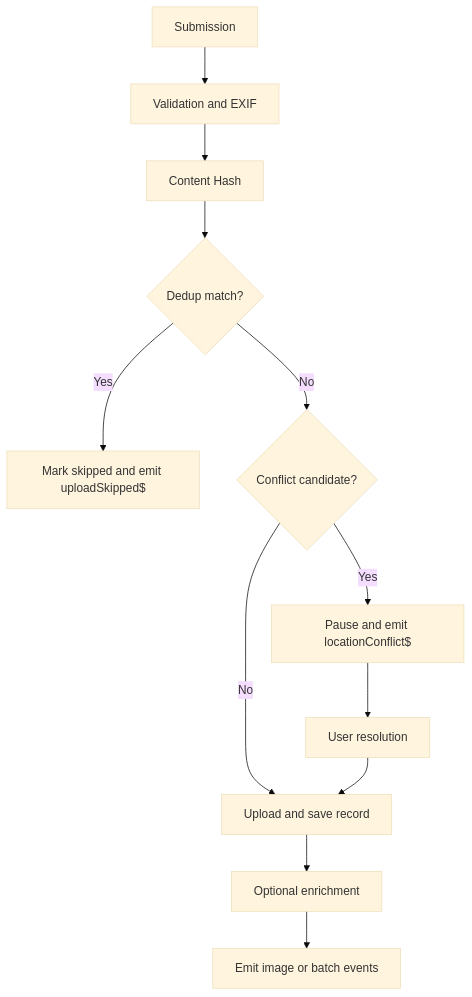
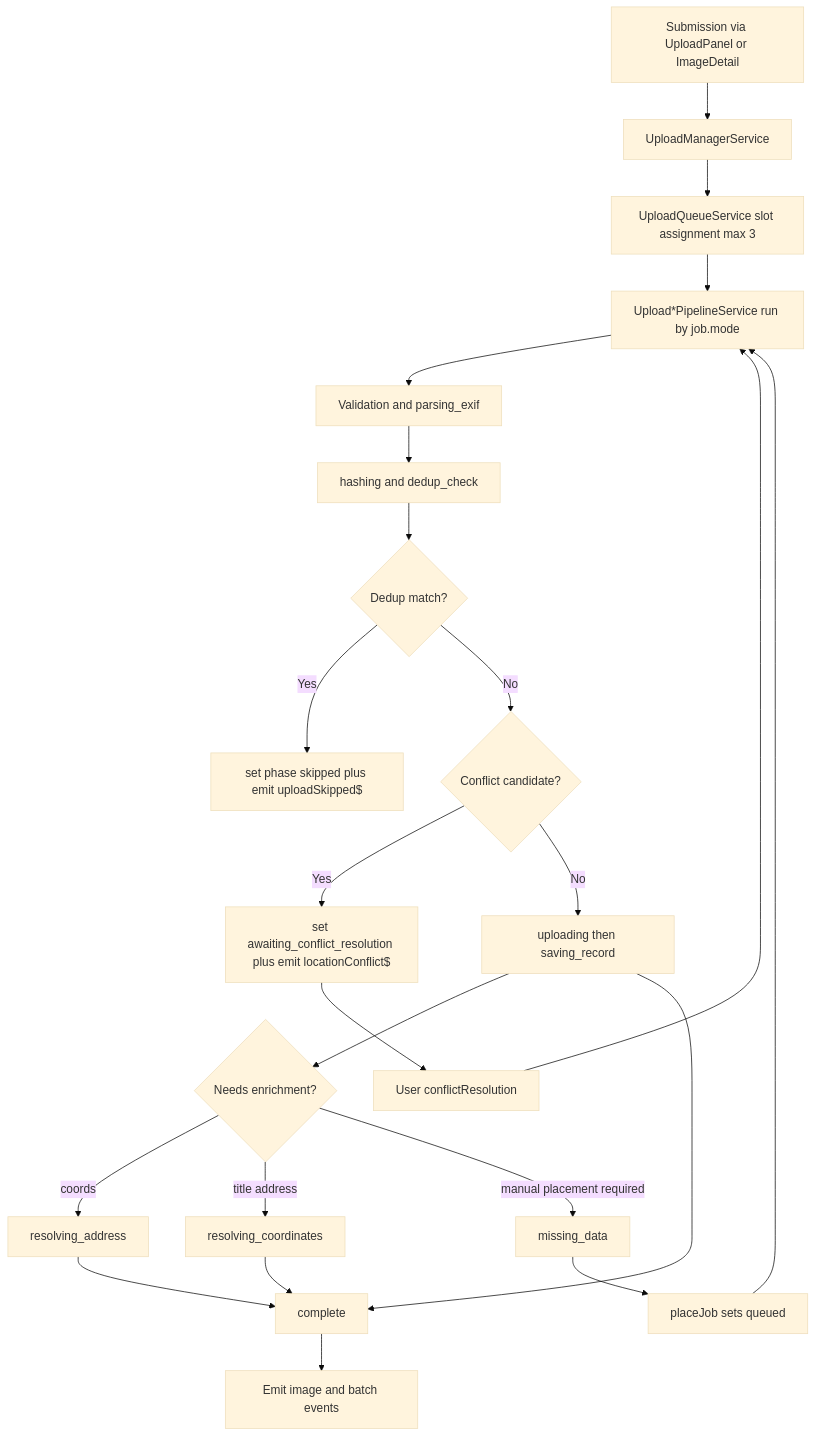
One commit to matkleve/feldpost changed the first of 2 diagrams in docs/element-specs/upload-manager-pipeline.md. Above: the diagram before and after it, drawn with Mermaid (base theme). The commit also changed other lines of this file and 12 other files, not shown here.

First line of the commit message:
Refactor upload manager and related components for improved structure and functionality

````diff
--- a/docs/element-specs/upload-manager-pipeline.md
+++ b/docs/element-specs/upload-manager-pipeline.md
@@ -60,14 +60,25 @@
 ```mermaid
 flowchart TD
-  A[Submission] --> B[Validation and EXIF]
-  B --> C[Content Hash]
-  C --> D{Dedup match?}
-  D -->|Yes| E[Mark skipped and emit uploadSkipped$]
-  D -->|No| F{Conflict candidate?}
-  F -->|Yes| G[Pause and emit locationConflict$]
-  F -->|No| H[Upload and save record]
-  G --> I[User resolution]
-  I --> H
-  H --> J[Optional enrichment]
-  J --> K[Emit image or batch events]
+  A[Submission via UploadPanel or ImageDetail] --> B[UploadManagerService]
+  B --> C[UploadQueueService slot assignment max 3]
+  C --> D[Upload*PipelineService run by job.mode]
+  D --> E[Validation and parsing_exif]
+  E --> F[hashing and dedup_check]
+  F --> G{Dedup match?}
+  G -->|Yes| H[set phase skipped plus emit uploadSkipped$]
+  G -->|No| I{Conflict candidate?}
+  I -->|Yes| J[set awaiting_conflict_resolution plus emit locationConflict$]
+  J --> K[User conflictResolution]
+  K --> D
+  I -->|No| L[uploading then saving_record]
+  L --> M{Needs enrichment?}
+  M -->|coords| N[resolving_address]
+  M -->|title address| O[resolving_coordinates]
+  M -->|manual placement required| P[missing_data]
+  P --> Q[placeJob sets queued]
+  Q --> D
+  N --> R[complete]
+  O --> R
+  L --> R
+  R --> S[Emit image and batch events]
 ```
````
